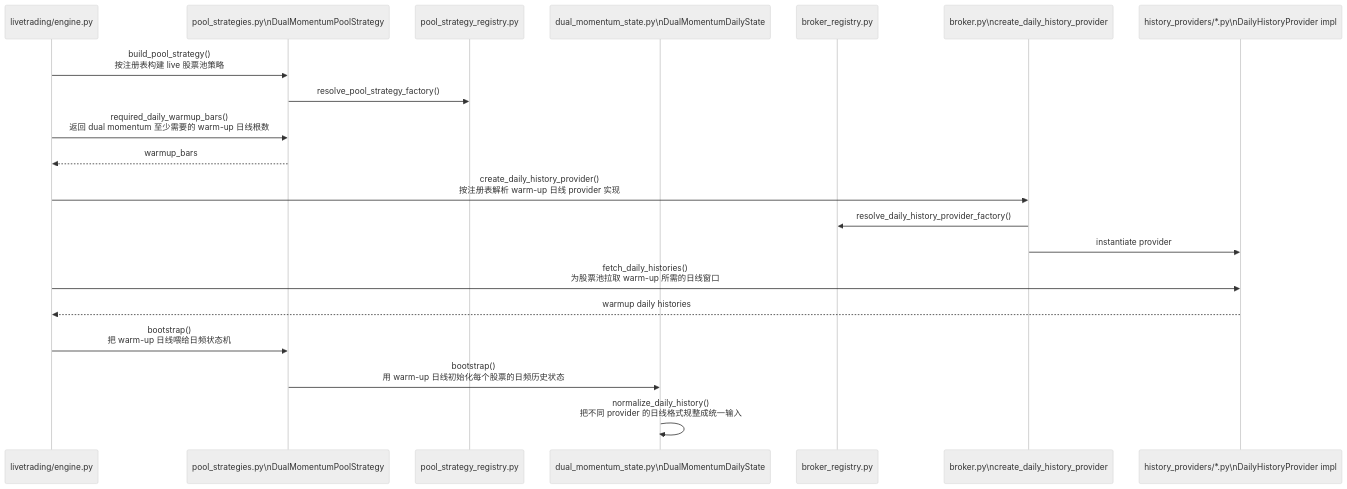
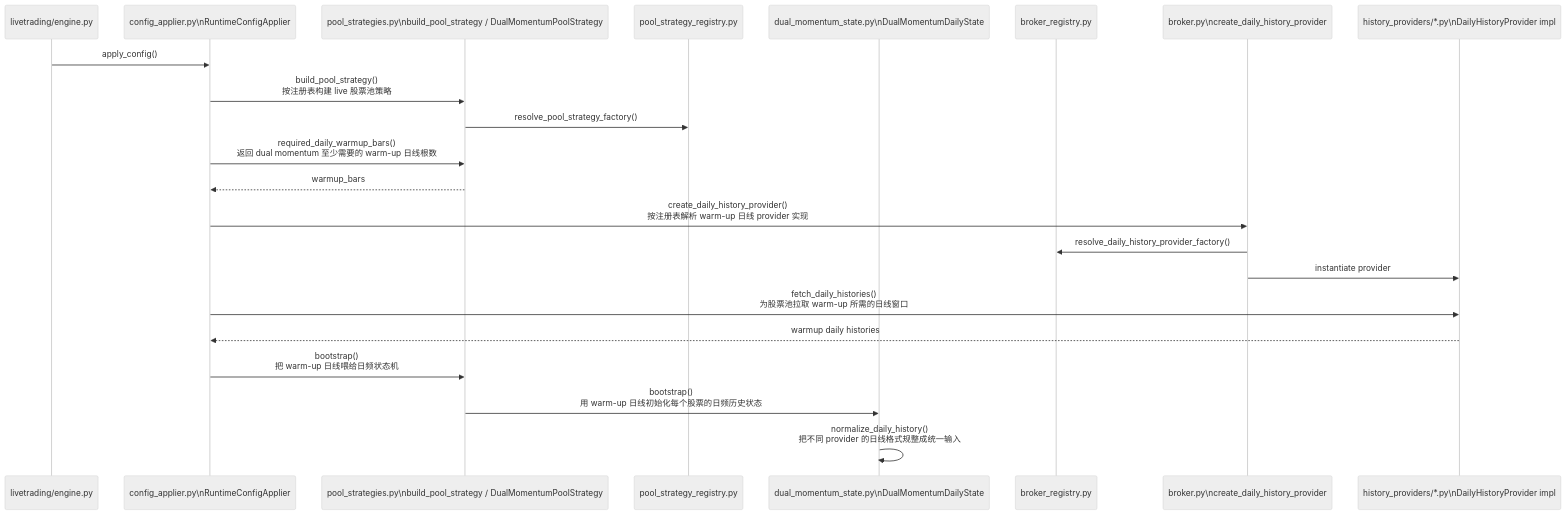
The second of 7 diagrams in docs/README_livetrading_sequence.md (hangchow/backtest), drawn with Mermaid (neutral theme) before and after one commit. The commit also changed other lines of this file and 12 other files, not shown here.

````diff
--- a/docs/README_livetrading_sequence.md
+++ b/docs/README_livetrading_sequence.md
@@ -139,25 +149,27 @@
 ```mermaid
 sequenceDiagram
     participant ENG as livetrading/engine.py
-    participant PLS as pool_strategies.py\nDualMomentumPoolStrategy
+    participant AP as config_applier.py\nRuntimeConfigApplier
+    participant PLS as pool_strategies.py\nbuild_pool_strategy / DualMomentumPoolStrategy
     participant SREG as pool_strategy_registry.py
     participant STATE as dual_momentum_state.py\nDualMomentumDailyState
     participant REG as broker_registry.py
     participant HFAC as broker.py\ncreate_daily_history_provider
     participant HB as history_providers/*.py\nDailyHistoryProvider impl
 
-    ENG->>PLS: build_pool_strategy()<br/>按注册表构建 live 股票池策略
+    ENG->>AP: apply_config()
+    AP->>PLS: build_pool_strategy()<br/>按注册表构建 live 股票池策略
     PLS->>SREG: resolve_pool_strategy_factory()
-    ENG->>PLS: required_daily_warmup_bars()<br/>返回 dual momentum 至少需要的 warm-up 日线根数
-    PLS-->>ENG: warmup_bars
+    AP->>PLS: required_daily_warmup_bars()<br/>返回 dual momentum 至少需要的 warm-up 日线根数
+    PLS-->>AP: warmup_bars
 
-    ENG->>HFAC: create_daily_history_provider()<br/>按注册表解析 warm-up 日线 provider 实现
+    AP->>HFAC: create_daily_history_provider()<br/>按注册表解析 warm-up 日线 provider 实现
     HFAC->>REG: resolve_daily_history_provider_factory()
     HFAC->>HB: instantiate provider
-    ENG->>HB: fetch_daily_histories()<br/>为股票池拉取 warm-up 所需的日线窗口
-    HB-->>ENG: warmup daily histories
+    AP->>HB: fetch_daily_histories()<br/>为股票池拉取 warm-up 所需的日线窗口
+    HB-->>AP: warmup daily histories
 
-    ENG->>PLS: bootstrap()<br/>把 warm-up 日线喂给日频状态机
+    AP->>PLS: bootstrap()<br/>把 warm-up 日线喂给日频状态机
     PLS->>STATE: bootstrap()<br/>用 warm-up 日线初始化每个股票的日频历史状态
     STATE->>STATE: normalize_daily_history()<br/>把不同 provider 的日线格式规整成统一输入
 ```
````
